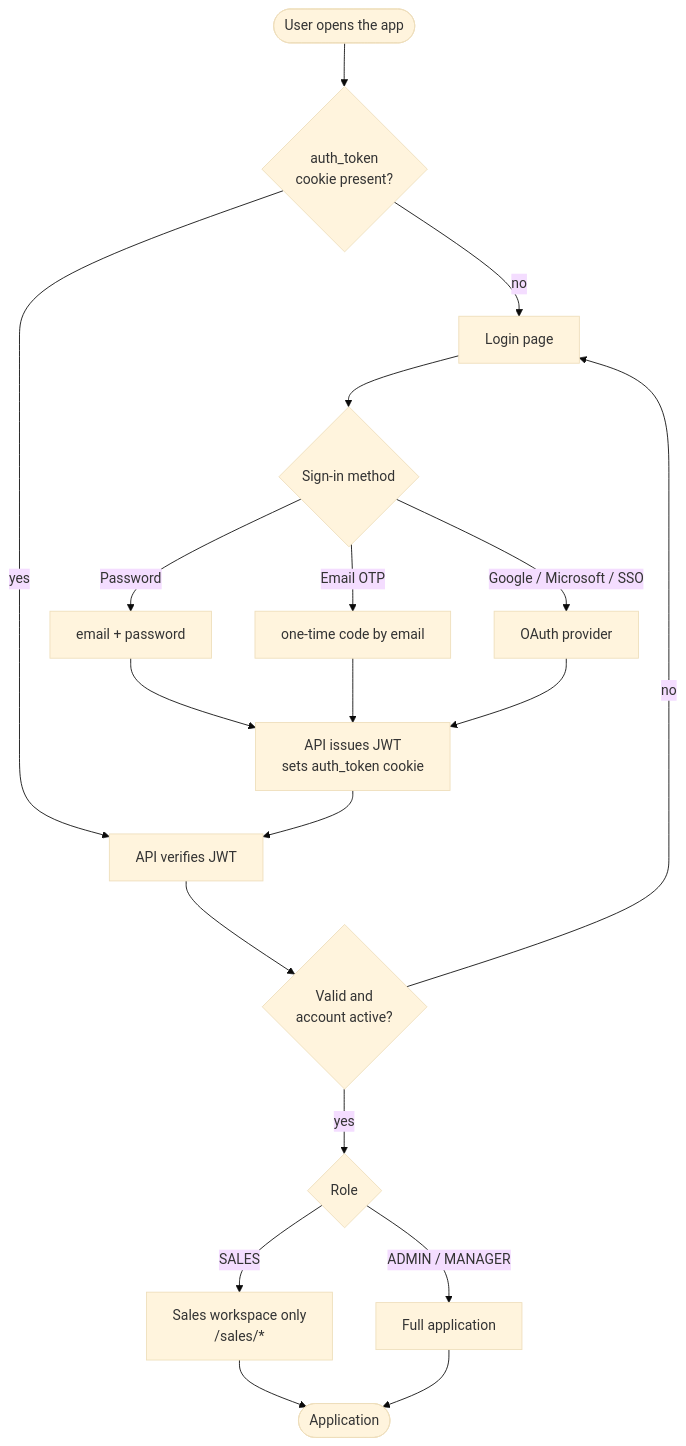
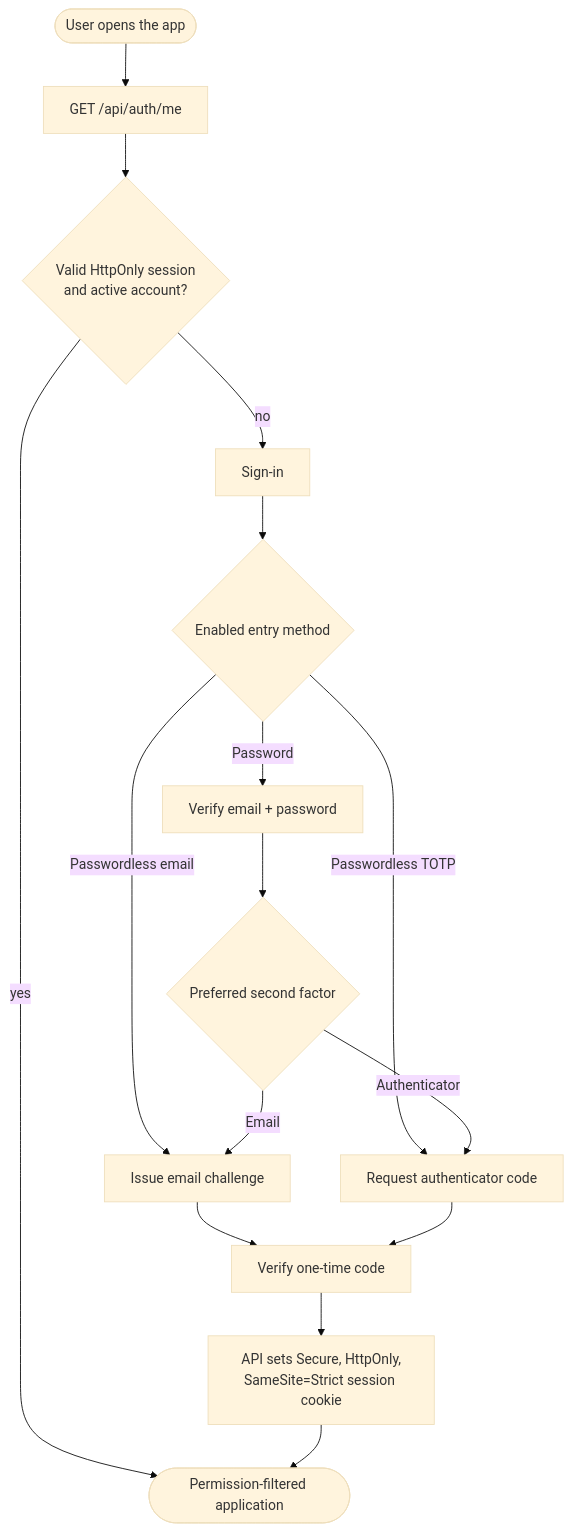
The fourth of 11 diagrams in docs/ARCHITECTURE.md (akashdewanganIG/ralli-wolf), drawn with Mermaid (base theme) before and after one commit. The commit also changed other lines of this file and 767 other files, not shown here.

````diff
--- a/docs/ARCHITECTURE.md
+++ b/docs/ARCHITECTURE.md
@@ -150,26 +151,19 @@
 ```mermaid
 flowchart TD
-    START([User opens the app]) --> HAS{auth_token<br/>cookie present?}
-    HAS -->|no| LOGIN[Login page]
-    HAS -->|yes| VERIFY[API verifies JWT]
+    START([User opens the app]) --> PROBE[GET /api/auth/me]
+    PROBE --> VALID{Valid HttpOnly session<br/>and active account?}
+    VALID -->|yes| APP([Permission-filtered application])
+    VALID -->|no| LOGIN[Sign-in]
 
-    LOGIN --> METHOD{Sign-in method}
-    METHOD -->|Password| PW[email + password]
-    METHOD -->|Email OTP| OTP[one-time code by email]
-    METHOD -->|Google / Microsoft / SSO| OAUTH[OAuth provider]
-
-    PW --> ISSUE[API issues JWT<br/>sets auth_token cookie]
-    OTP --> ISSUE
-    OAUTH --> ISSUE
-    ISSUE --> VERIFY
-
-    VERIFY --> VALID{Valid and<br/>account active?}
-    VALID -->|no| LOGIN
-    VALID -->|yes| ROLE{Role}
-
-    ROLE -->|SALES| SALESWS[Sales workspace only<br/>/sales/*]
-    ROLE -->|ADMIN / MANAGER| FULL[Full application]
-
-    SALESWS --> APP([Application])
-    FULL --> APP
+    LOGIN --> ENTRY{Enabled entry method}
+    ENTRY -->|Password| PW[Verify email + password]
+    ENTRY -->|Passwordless email| EMAILENTRY[Issue email challenge]
+    ENTRY -->|Passwordless TOTP| TOTPENTRY[Request authenticator code]
+    PW --> FACTOR{Preferred second factor}
+    FACTOR -->|Email| EMAILENTRY
+    FACTOR -->|Authenticator| TOTPENTRY
+    EMAILENTRY --> VERIFY[Verify one-time code]
+    TOTPENTRY --> VERIFY
+    VERIFY --> ISSUE[API sets Secure, HttpOnly,<br/>SameSite=Strict session cookie]
+    ISSUE --> APP
 ```
````
